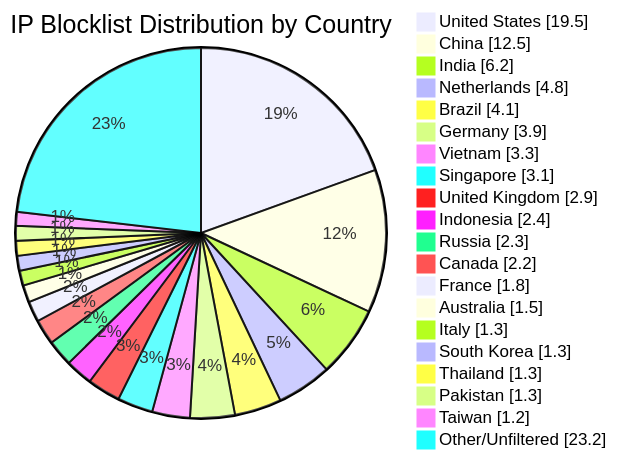
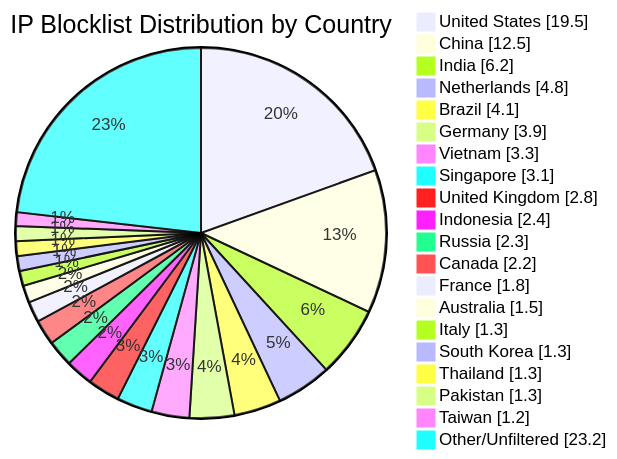
Before and after one commit to dewdmadbro/ip-blocklist-dewd: the diagram in README.md, drawn with Mermaid. The commit also changed other lines of this file and 53 other files, not shown here.

````diff
--- a/README.md
+++ b/README.md
@@ -34,23 +34,23 @@
 ```mermaid
 pie showData title IP Blocklist Distribution by Country
 "United States" : 19.5
 "China" : 12.5
 "India" : 6.2
 "Netherlands" : 4.8
 "Brazil" : 4.1
 "Germany" : 3.9
 "Vietnam" : 3.3
 "Singapore" : 3.1
-"United Kingdom" : 2.9
+"United Kingdom" : 2.8
 "Indonesia" : 2.4
 "Russia" : 2.3
 "Canada" : 2.2
 "France" : 1.8
 "Australia" : 1.5
 "Italy" : 1.3
 "South Korea" : 1.3
 "Thailand" : 1.3
 "Pakistan" : 1.3
 "Taiwan" : 1.2
 "Other/Unfiltered" : 23.2
 ```
````
